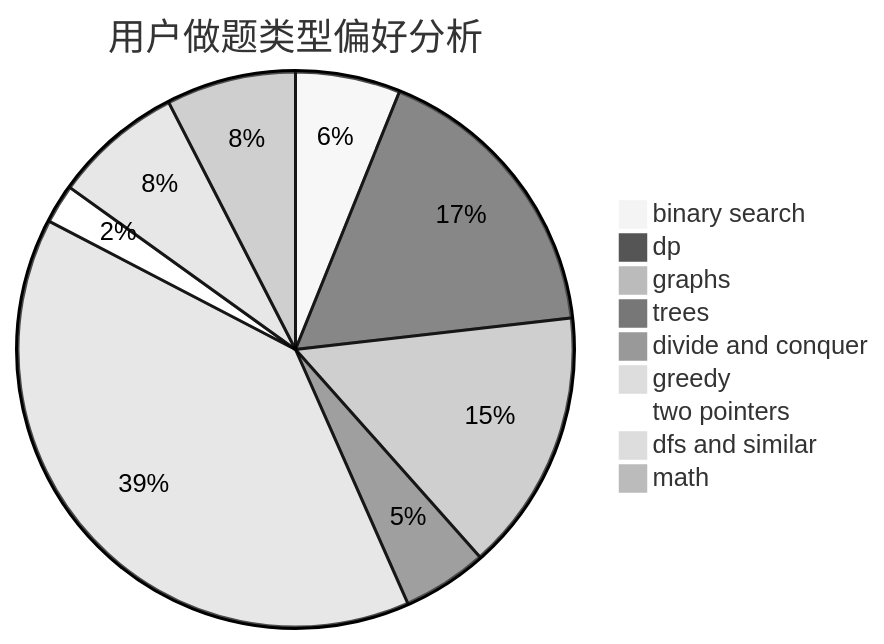
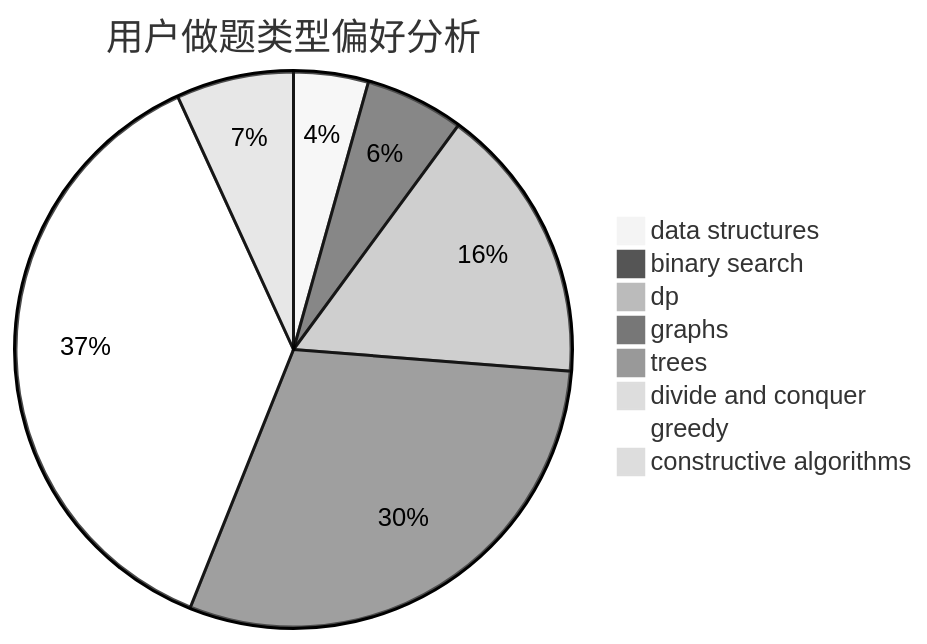
One commit to sherpahu/cfrs.github.io changed the second of 3 diagrams in docs/user/u253.md. Above: the diagram before and after it, drawn with Mermaid (neutral theme). The commit also changed other lines of this file and 2775 other files, not shown here.

````diff
--- a/docs/user/u253.md
+++ b/docs/user/u253.md
@@ -23,12 +23,11 @@
 ```mermaid
 pie title 用户做题类型偏好分析
-    "binary search" :  110
-    "dp" :  308
-    "graphs" :  275
-    "trees" :  89
-    "divide and conquer" :  6
-    "greedy" :  708
-    "two pointers" :  41
-    "dfs and similar" :  136
-    "math" :  136
+    "data structures" :  28
+    "binary search" :  37
+    "dp" :  104
+    "graphs" :  192
+    "trees" :  3
+    "divide and conquer" :  0
+    "greedy" :  239
+    "constructive algorithms" :  44
 ```
````
